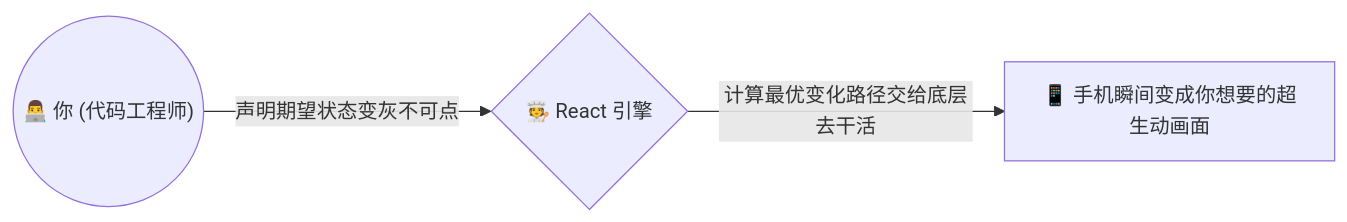
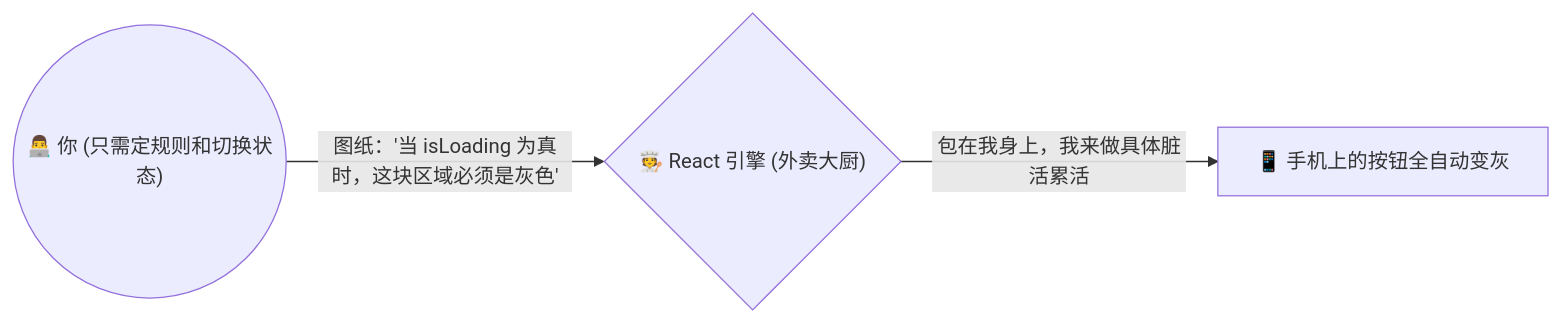
The second of 5 diagrams in docs/component_principles.md (litchicoder/rn_demo), drawn with Mermaid before and after one commit. The commit also changed other lines of this file, not shown here.

````diff
--- a/docs/component_principles.md
+++ b/docs/component_principles.md
@@ -45,5 +56,5 @@
 ```mermaid
 graph LR
-    A(("👨‍💻 你 (代码工程师)")) -- "声明期望状态变灰不可点" --> B{"🧑‍🍳 React 引擎"}
-    B -- "计算最优变化路径交给底层去干活" --> C["📱 手机瞬间变成你想要的超生动画面"]
+    A(("👨‍💻 你 (只需定规则和切换状态)")) -- "图纸：'当 isLoading 为真时，这块区域必须是灰色'" --> B{"🧑‍🍳 React 引擎 (外卖大厨)"}
+    B -- "包在我身上，我来做具体脏活累活" --> C["📱 手机上的按钮全自动变灰"]
 ```
````
